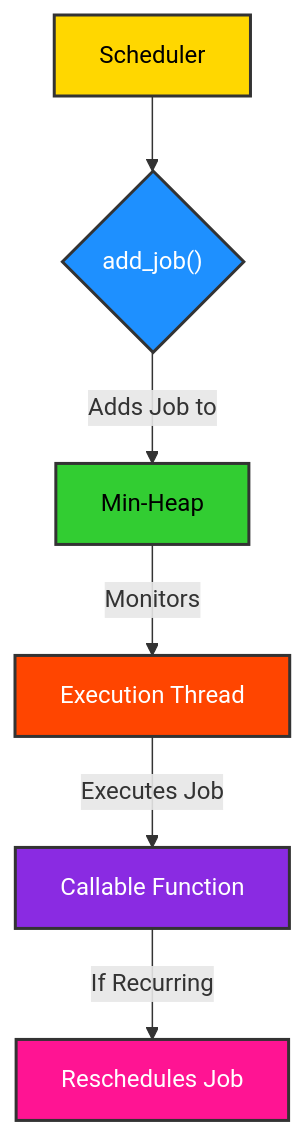
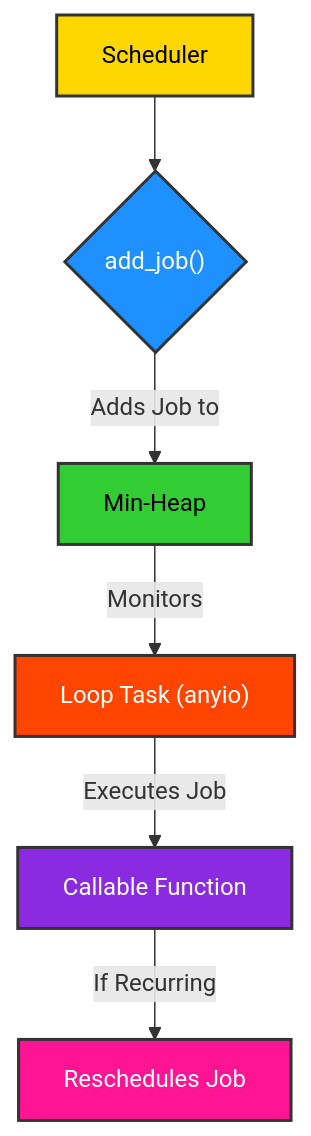
Before and after one commit to ikko/kind: the second of 4 diagrams in docs/topics/7_scheduling/index.md, drawn with Mermaid. The commit also changed other lines of this file and 62 other files, not shown here.

````diff
--- a/docs/topics/7_scheduling/index.md
+++ b/docs/topics/7_scheduling/index.md
@@ -26,15 +26,15 @@
     ```mermaid
     graph TD
         A[Scheduler] --> B{add_job#40;#41;};
         B -- "Adds Job to" --> C[Min-Heap];;
-        C -- "Monitors" --> D[Execution Thread];
+        C -- "Monitors" --> D[Loop Task #40;anyio#41;];
         D -- "Executes Job" --> E[Callable Function];
         E -- "If Recurring" --> F[Reschedules Job];
 
       style A fill:#FFD700,stroke:#333,stroke-width:2px,color:#000000;
       style B fill:#1E90FF,stroke:#333,stroke-width:2px,color:#FFFFFF;
       style C fill:#32CD32,stroke:#333,stroke-width:2px,color:#000000;
       style D fill:#FF4500,stroke:#333,stroke-width:2px,color:#FFFFFF;
       style E fill:#8A2BE2,stroke:#333,stroke-width:2px,color:#FFFFFF;
       style F fill:#FF1493,stroke:#333,stroke-width:2px,color:#FFFFFF;
     ```
````
